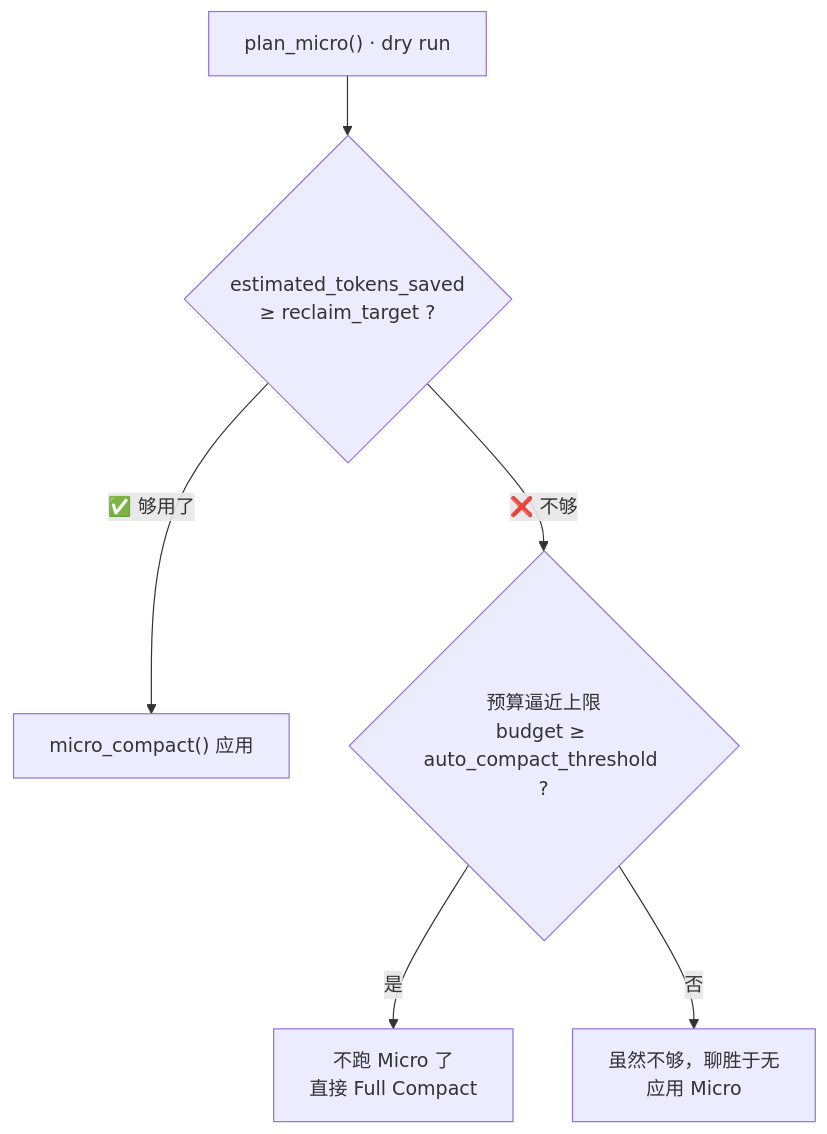
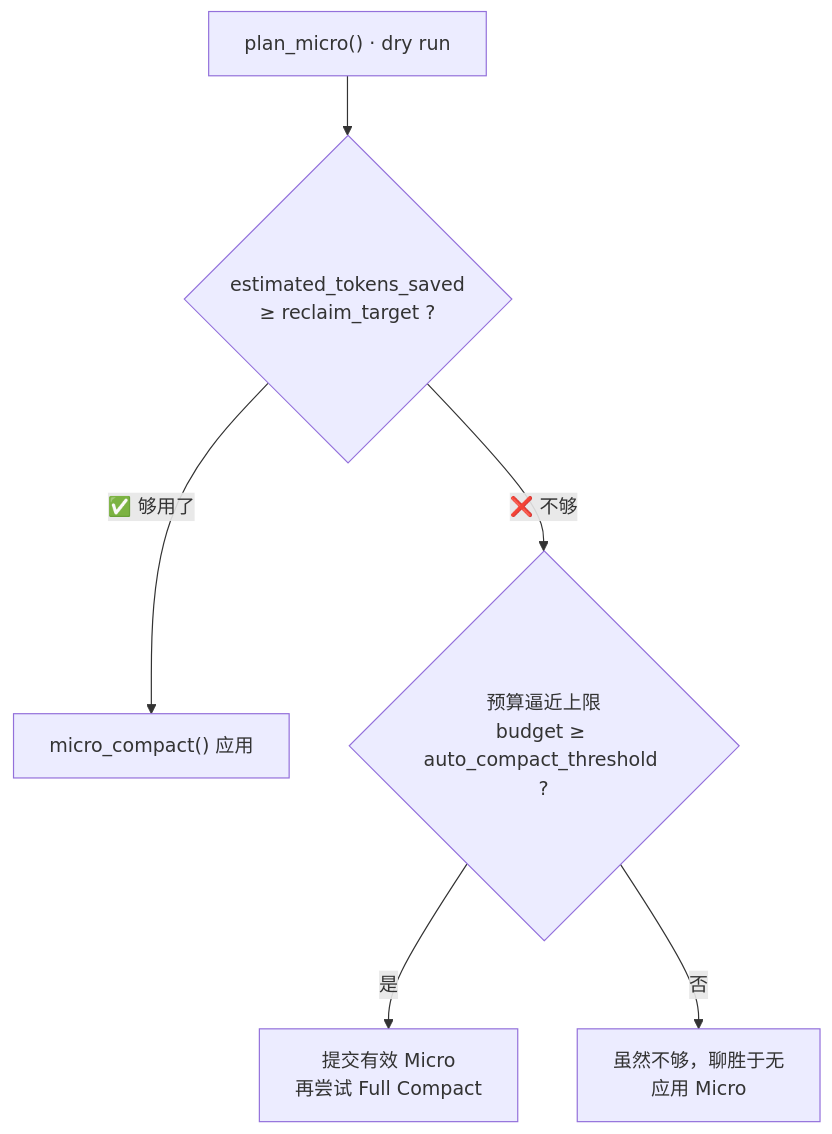
One commit to KonghaYao/peri changed the third of 3 diagrams in docs/design/micro-compact.md. Above: the diagram before and after it, drawn with Mermaid. The commit also changed other lines of this file and 47 other files, not shown here.

````diff
--- a/docs/design/micro-compact.md
+++ b/docs/design/micro-compact.md
@@ -240,8 +240,8 @@
 ```mermaid
 flowchart TD
     PM["plan_micro() · dry run"] --> Q1{"estimated_tokens_saved<br/>≥ reclaim_target ?"}
     Q1 -->|"✅ 够用了"| APPLY["micro_compact() 应用"]
     Q1 -->|"❌ 不够"| Q2{"预算逼近上限<br/>budget ≥ auto_compact_threshold ?"}
-    Q2 -->|"是"| SKIP["不跑 Micro 了<br/>直接 Full Compact"]
+    Q2 -->|"是"| FULL["提交有效 Micro<br/>再尝试 Full Compact"]
     Q2 -->|"否"| PARTIAL["虽然不够，聊胜于无<br/>应用 Micro"]
 ```
````
